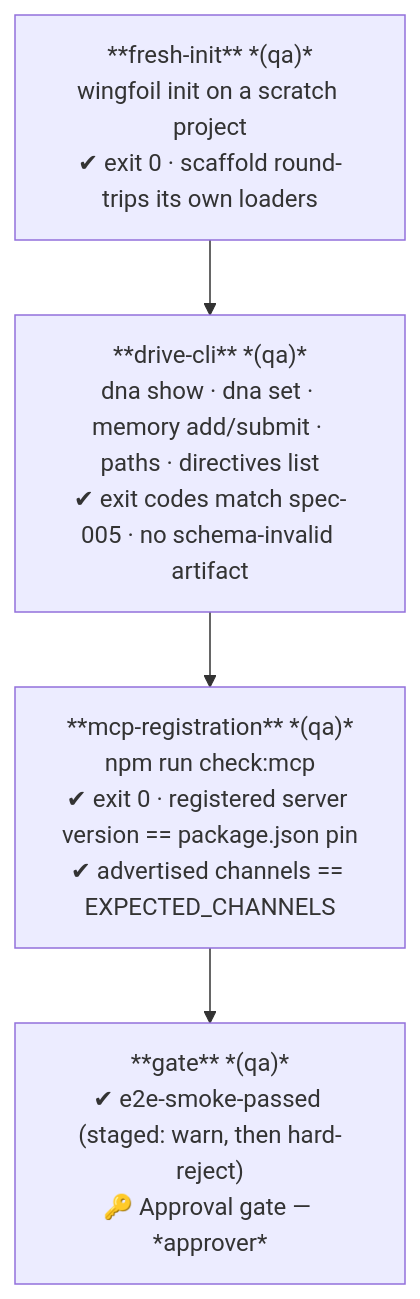
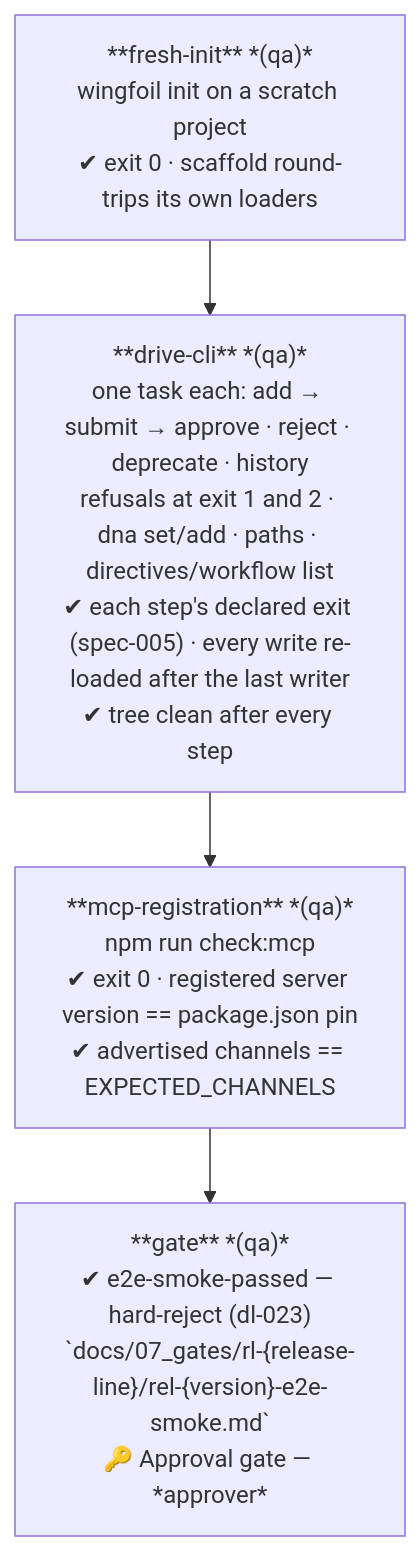
Diagram 13 of 24 in .wingfoil/WORKFLOW.md (wingfoil/wingfoil), drawn with Mermaid before and after one commit. The commit also changed other lines of this file and 6 other files, not shown here.

First line of the commit message:
fix(smoke): task-207 — e2e-smoke drives a fresh project through a use scenario, with exact exit codes, re-loads and a report (bug-132, bug-133, bug-134)

````diff
--- a/.wingfoil/WORKFLOW.md
+++ b/.wingfoil/WORKFLOW.md
@@ -301,9 +303,9 @@
 ```mermaid
 flowchart TD
     FI["**fresh-init** *(qa)*\nwingfoil init on a scratch project\n✔ exit 0 · scaffold round-trips its own loaders"]
-    DC["**drive-cli** *(qa)*\ndna show · dna set · memory add/submit · paths · directives list\n✔ exit codes match spec-005 · no schema-invalid artifact"]
+    DC["**drive-cli** *(qa)*\none task each: add → submit → approve · reject · deprecate · history\nrefusals at exit 1 and 2 · dna set/add · paths · directives/workflow list\n✔ each step's declared exit (spec-005) · every write re-loaded after the last writer\n✔ tree clean after every step"]
     MR["**mcp-registration** *(qa)*\nnpm run check:mcp\n✔ exit 0 · registered server version == package.json pin\n✔ advertised channels == EXPECTED_CHANNELS"]
-    GA["**gate** *(qa)*\n✔ e2e-smoke-passed (staged: warn, then hard-reject)\n🔑 Approval gate — *approver*"]
+    GA["**gate** *(qa)*\n✔ e2e-smoke-passed — hard-reject (dl-023)\n`docs/07_gates/rl-{release-line}/rel-{version}-e2e-smoke.md`\n🔑 Approval gate — *approver*"]
 
     FI --> DC --> MR --> GA
 ```
````
